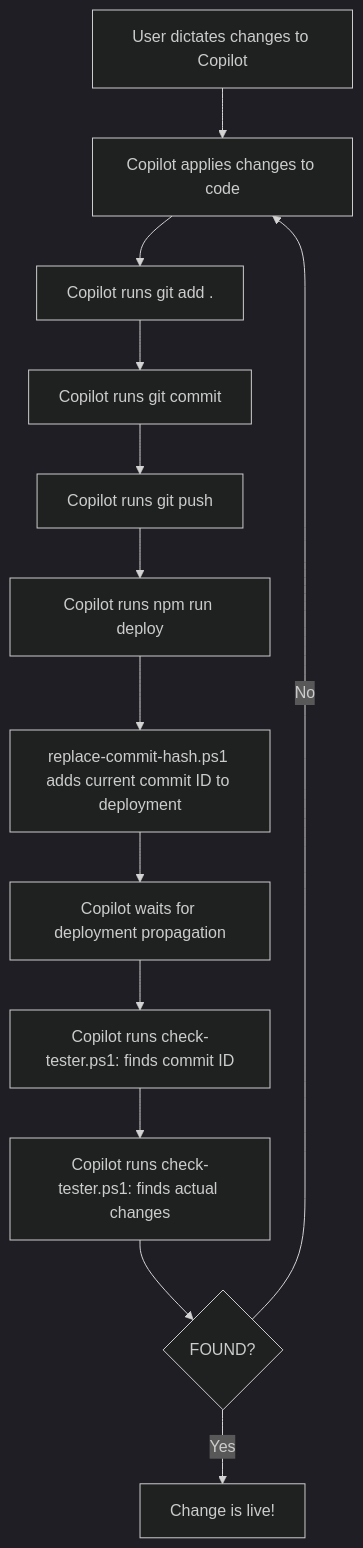
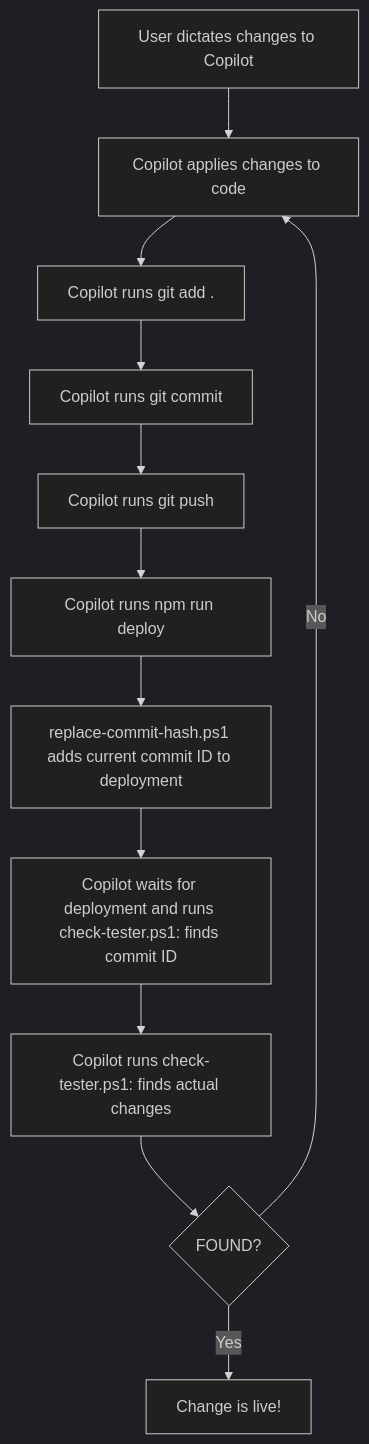
The second of 2 diagrams in README.md (shapez0r/agentai_repo), drawn with Mermaid (dark theme) before and after one commit. The commit also changed other lines of this file, not shown here.

Commit message:
Combine deployment verification steps in README flowchart for clarity

````diff
--- a/README.md
+++ b/README.md
@@ -69,15 +69,14 @@
 ```mermaid
 flowchart TD
     A[User dictates changes to Copilot] --> B[Copilot applies changes to code]
     B --> C[Copilot runs git add .]
     C --> D[Copilot runs git commit]
     D --> E[Copilot runs git push]
     E --> F[Copilot runs npm run deploy]
     F --> G[replace-commit-hash.ps1 adds current commit ID to deployment]
-    G --> H[Copilot waits for deployment propagation]
-    H --> I1[Copilot runs check-tester.ps1: finds commit ID]
-    I1 --> I2[Copilot runs check-tester.ps1: finds actual changes]
-    I2 --> J{FOUND?}
+    G --> H[Copilot waits for deployment and runs check-tester.ps1: finds commit ID]
+    H --> I[Copilot runs check-tester.ps1: finds actual changes]
+    I --> J{FOUND?}
     J -- Yes --> K[Change is live!]
     J -- No --> B
 ```
````
